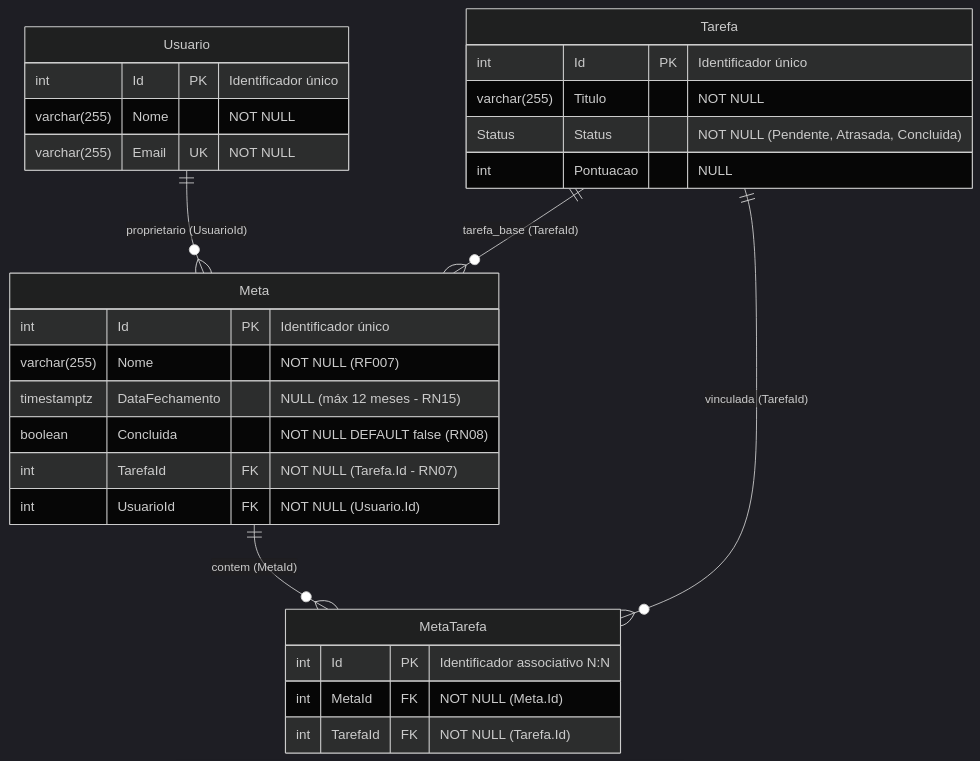
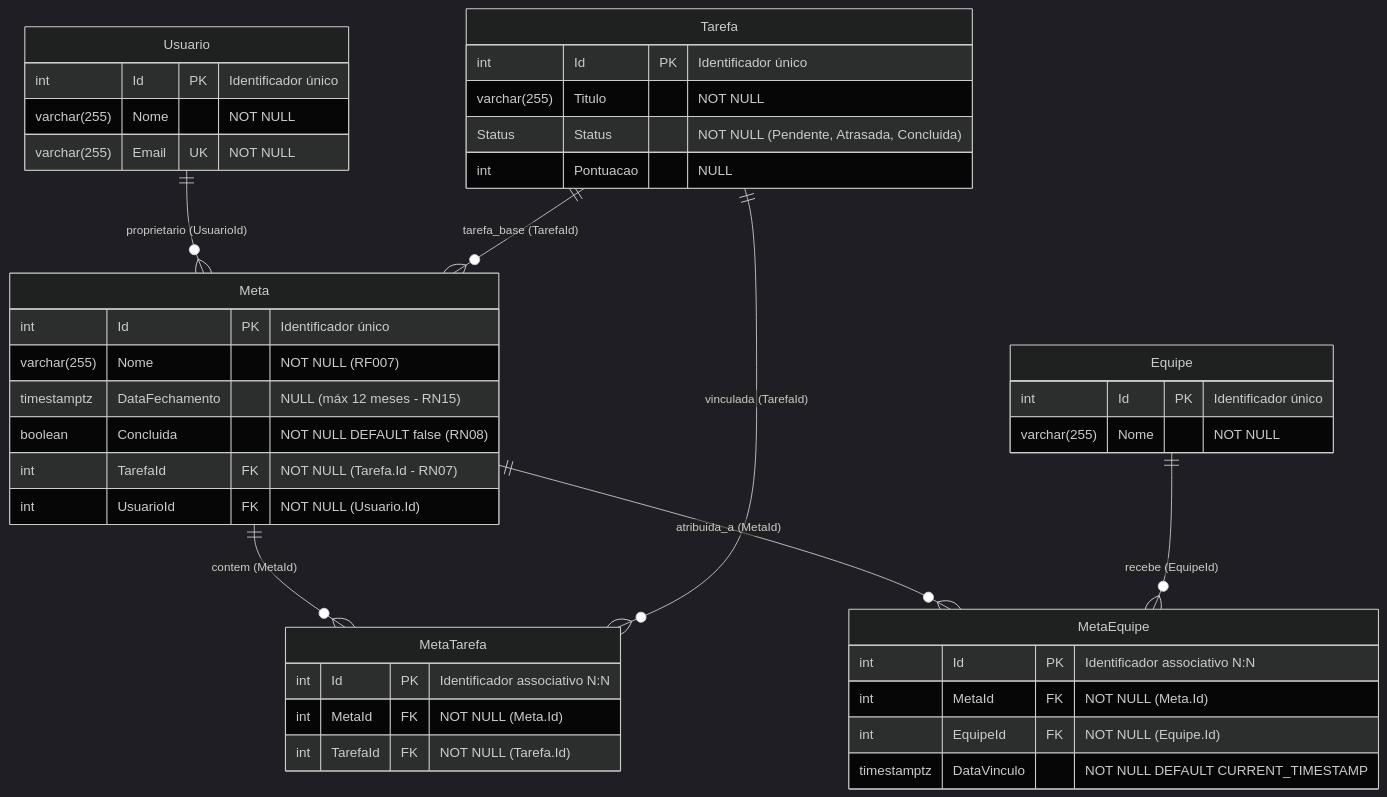
Diagram 35 of 36 in DIAGRAMAS.md (aikovlr/Cortex-backend), drawn with Mermaid (dark theme) before and after one commit. The commit also changed other lines of this file and 3 other files, not shown here.

First line of the commit message:
docs(diagramas): atualizar diagramas de arquitetura e remover arquivos temporarios de analise

````diff
--- a/DIAGRAMAS.md
+++ b/DIAGRAMAS.md
@@ -2607,35 +3661,49 @@
 ```mermaid
 erDiagram
     Usuario ||--o{ Meta : "proprietario (UsuarioId)"
     Tarefa ||--o{ Meta : "tarefa_base (TarefaId)"
     Meta ||--o{ MetaTarefa : "contem (MetaId)"
     Tarefa ||--o{ MetaTarefa : "vinculada (TarefaId)"
+    Meta ||--o{ MetaEquipe : "atribuida_a (MetaId)"
+    Equipe ||--o{ MetaEquipe : "recebe (EquipeId)"
 
     Usuario {
         int Id PK "Identificador único"
         varchar(255) Nome "NOT NULL"
         varchar(255) Email UK "NOT NULL"
+    }
+
+    Equipe {
+        int Id PK "Identificador único"
+        varchar(255) Nome "NOT NULL"
     }
 
     Tarefa {
         int Id PK "Identificador único"
         varchar(255) Titulo "NOT NULL"
         Status Status "NOT NULL (Pendente, Atrasada, Concluida)"
         int Pontuacao "NULL"
     }
 
     Meta {
         int Id PK "Identificador único"
         varchar(255) Nome "NOT NULL (RF007)"
         timestamptz DataFechamento "NULL (máx 12 meses - RN15)"
         boolean Concluida "NOT NULL DEFAULT false (RN08)"
         int TarefaId FK "NOT NULL (Tarefa.Id - RN07)"
         int UsuarioId FK "NOT NULL (Usuario.Id)"
     }
 
     MetaTarefa {
         int Id PK "Identificador associativo N:N"
         int MetaId FK "NOT NULL (Meta.Id)"
         int TarefaId FK "NOT NULL (Tarefa.Id)"
     }
+
+    MetaEquipe {
+        int Id PK "Identificador associativo N:N"
+        int MetaId FK "NOT NULL (Meta.Id)"
+        int EquipeId FK "NOT NULL (Equipe.Id)"
+        timestamptz DataVinculo "NOT NULL DEFAULT CURRENT_TIMESTAMP"
+    }
 ```
````
